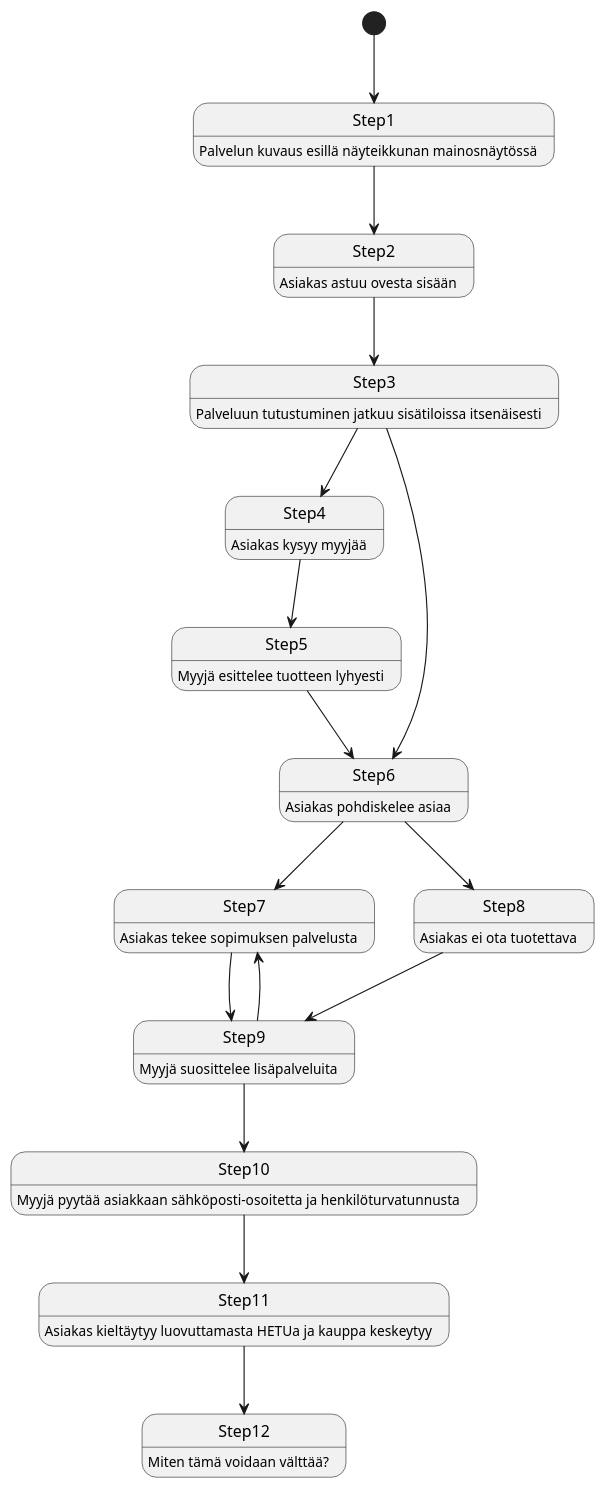
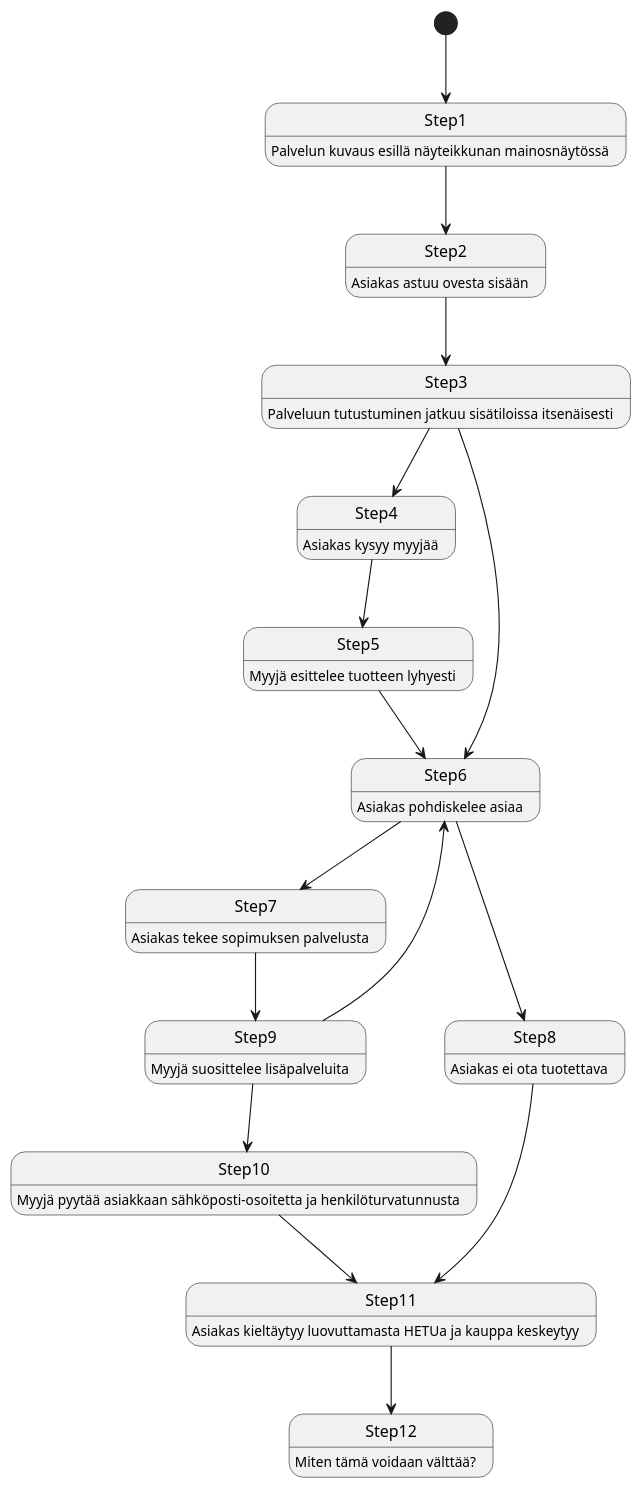
Before and after one commit to ninaleo/ransut-core: the second of 6 diagrams in dokumentit/20-Vaatimustenhallinta/vaatimusmaaritely-tiivis.md, drawn with PlantUML.

Commit message:
talteen taas

````diff
--- a/dokumentit/20-Vaatimustenhallinta/vaatimusmaaritely-tiivis.md
+++ b/dokumentit/20-Vaatimustenhallinta/vaatimusmaaritely-tiivis.md
@@ -95,30 +95,30 @@
 ```plantuml
 Step1: Palvelun kuvaus esillä näyteikkunan mainosnäytössä 
 Step2: Asiakas astuu ovesta sisään 
 Step3: Palveluun tutustuminen jatkuu sisätiloissa itsenäisesti
 Step4: Asiakas kysyy myyjää
 Step5: Myyjä esittelee tuotteen lyhyesti
 Step6: Asiakas pohdiskelee asiaa
 Step7: Asiakas tekee sopimuksen palvelusta
 Step8: Asiakas ei ota tuotettava
 Step9: Myyjä suosittelee lisäpalveluita
 Step10: Myyjä pyytää asiakkaan sähköposti-osoitetta ja henkilöturvatunnusta
 Step11: Asiakas kieltäytyy luovuttamasta HETUa ja kauppa keskeytyy
 Step12: Miten tämä voidaan välttää?
 
 [*] --> Step1
 Step1 --> Step2
 Step2 --> Step3
 Step3 --> Step6
 Step3 --> Step4
 Step4 --> Step5
 Step5 --> Step6
 Step6 --> Step7
 Step6 --> Step8
-Step8 --> Step9
-Step9 --> Step7 
+Step9 --> Step6
+Step8 --> Step11
 Step7 --> Step9
 Step9 --> Step10
 Step10 --> Step11
 Step11 --> Step12
 ```
````
